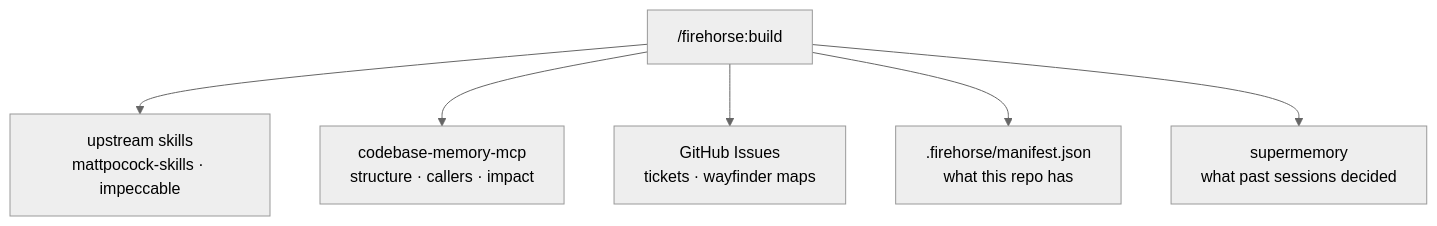
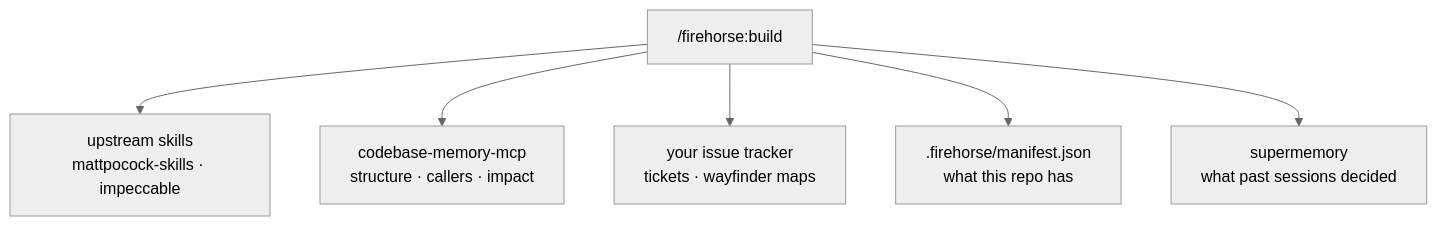
One commit to cinjoff/firehorse changed the second of 2 diagrams in README.md. Above: the diagram before and after it, drawn with Mermaid (neutral theme). The commit also changed other lines of this file and 57 other files, not shown here.

````diff
--- a/README.md
+++ b/README.md
@@ -127,9 +159,9 @@
 ```mermaid
 flowchart TD
   W["/firehorse:build"]
   W --> U["upstream skills<br/>mattpocock-skills · impeccable"]
   W --> G["codebase-memory-mcp<br/>structure · callers · impact"]
-  W --> T["GitHub Issues<br/>tickets · wayfinder maps"]
+  W --> T["your issue tracker<br/>tickets · wayfinder maps"]
   W --> M[".firehorse/manifest.json<br/>what this repo has"]
   W --> R["supermemory<br/>what past sessions decided"]
 ```
````
